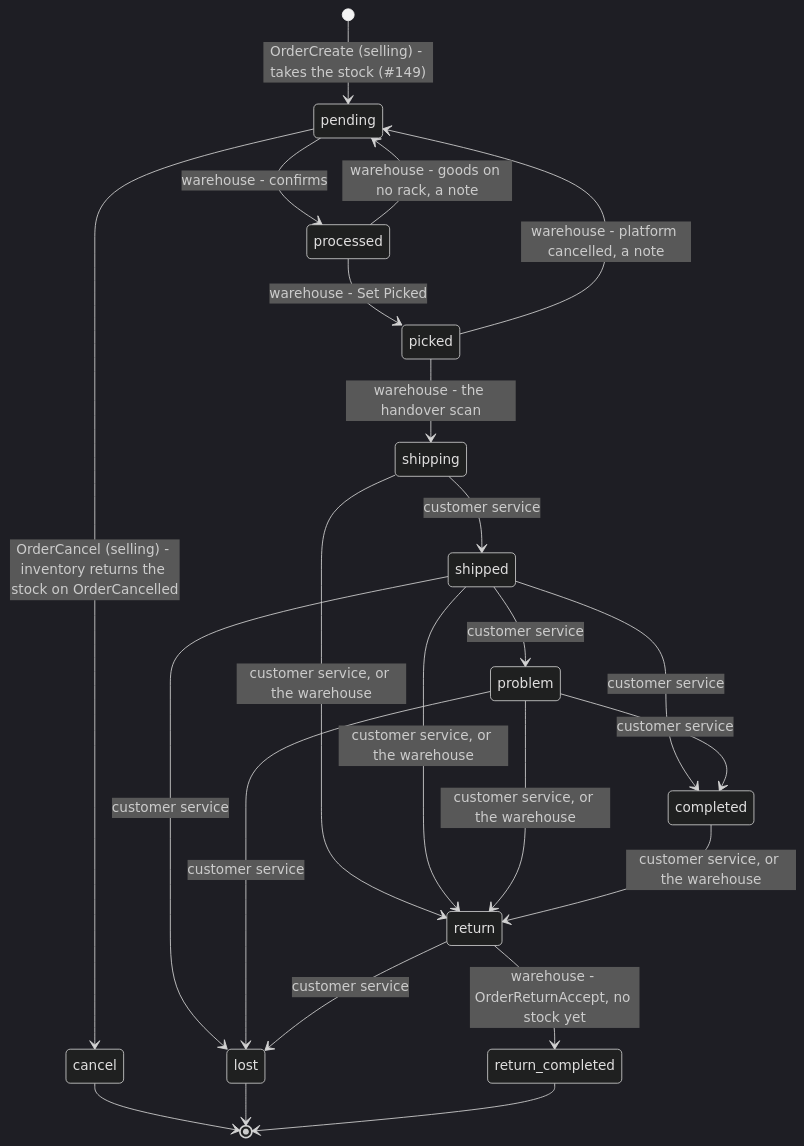
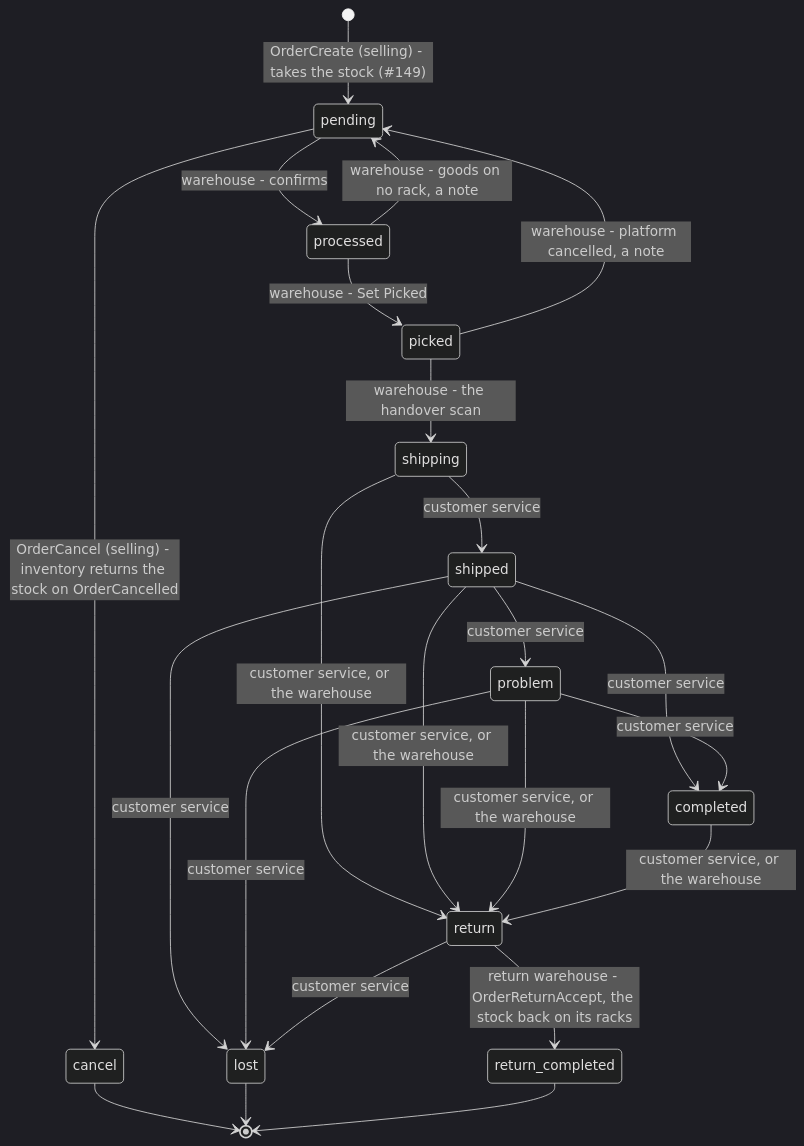
The first of 31 diagrams in docs/services/selling_service/rpc.md (pdcgo/warehouse_revamp), drawn with Mermaid (dark theme) before and after one commit. The commit also changed other lines of this file and 116 other files, not shown here.

````diff
--- a/docs/services/selling_service/rpc.md
+++ b/docs/services/selling_service/rpc.md
@@ -13,25 +13,25 @@
 ```mermaid
 stateDiagram-v2
     [*] --> pending: OrderCreate (selling) - takes the stock (#149)
     pending --> processed: warehouse - confirms
     processed --> pending: warehouse - goods on no rack, a note
     processed --> picked: warehouse - Set Picked
     picked --> pending: warehouse - platform cancelled, a note
     picked --> shipping: warehouse - the handover scan
     shipping --> shipped: customer service
     shipping --> return: customer service, or the warehouse
     shipped --> completed: customer service
     shipped --> problem: customer service
     shipped --> lost: customer service
     shipped --> return: customer service, or the warehouse
     problem --> completed: customer service
     problem --> lost: customer service
     problem --> return: customer service, or the warehouse
     completed --> return: customer service, or the warehouse
-    return --> return_completed: warehouse - OrderReturnAccept, no stock yet
+    return --> return_completed: return warehouse - OrderReturnAccept, the stock back on its racks
     return --> lost: customer service
     pending --> cancel: OrderCancel (selling) - inventory returns the stock on OrderCancelled
     cancel --> [*]
     lost --> [*]
     return_completed --> [*]
 ```
````
